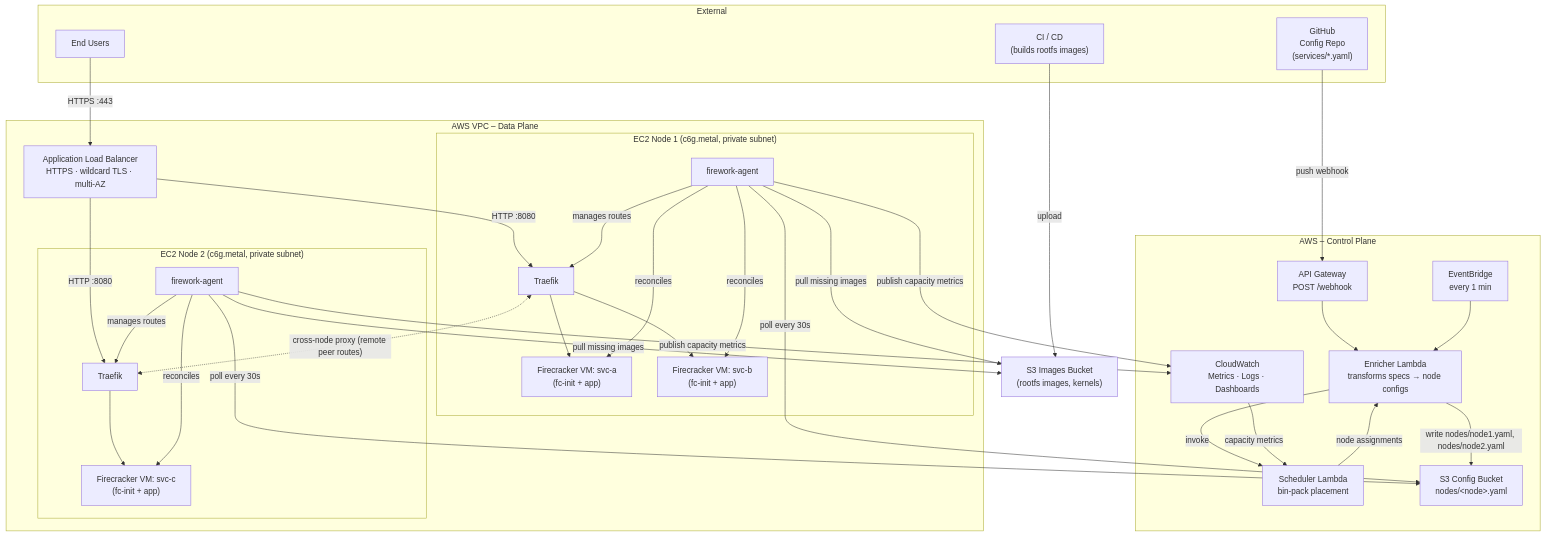
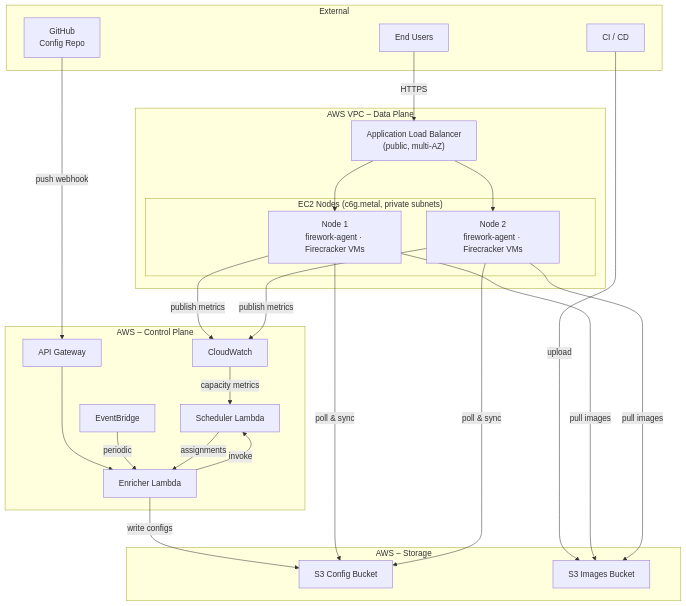
One commit to artemnikitin/firework changed the diagram in README.md. Above: the diagram before and after it, drawn with Mermaid.

Commit message:
Update main diagram in the readme (#4)
This PR simplifies the main diagram in the readme

````diff
--- a/README.md
+++ b/README.md
@@ -16,64 +16,45 @@
 ```mermaid
 flowchart TB
     subgraph external["External"]
         USER["End Users"]
-        GITHUB["GitHub\nConfig Repo\n(services/*.yaml)"]
-        CI["CI / CD\n(builds rootfs images)"]
+        GITHUB["GitHub\nConfig Repo"]
+        CI["CI / CD"]
     end
 
     subgraph control_plane["AWS – Control Plane"]
-        APIGW["API Gateway\nPOST /webhook"]
-        EB["EventBridge\nevery 1 min"]
-        ENRICHER["Enricher Lambda\ntransforms specs → node configs"]
-        SCHED["Scheduler Lambda\nbin-pack placement"]
-        S3CFG["S3 Config Bucket\nnodes/&lt;node&gt;.yaml"]
-        CW["CloudWatch\nMetrics · Logs · Dashboards"]
+        APIGW["API Gateway"]
+        EB["EventBridge"]
+        ENRICHER["Enricher Lambda"]
+        SCHED["Scheduler Lambda"]
+        CW["CloudWatch"]
     end
 
-    S3IMG["S3 Images Bucket\n(rootfs images, kernels)"]
+    subgraph storage["AWS – Storage"]
+        S3CFG["S3 Config Bucket"]
+        S3IMG["S3 Images Bucket"]
+    end
 
     subgraph vpc["AWS VPC – Data Plane"]
-        ALB["Application Load Balancer\nHTTPS · wildcard TLS · multi-AZ"]
-
-        subgraph node1["EC2 Node 1  (c6g.metal, private subnet)"]
-            AG1["firework-agent"]
-            TR1["Traefik"]
-            MV1A["Firecracker VM: svc-a\n(fc-init + app)"]
-            MV1B["Firecracker VM: svc-b\n(fc-init + app)"]
-        end
-
-        subgraph node2["EC2 Node 2  (c6g.metal, private subnet)"]
-            AG2["firework-agent"]
-            TR2["Traefik"]
-            MV2A["Firecracker VM: svc-c\n(fc-init + app)"]
+        ALB["Application Load Balancer\n(public, multi-AZ)"]
+        subgraph nodes["EC2 Nodes  (c6g.metal, private subnets)"]
+            N1["Node 1\nfirework-agent · Firecracker VMs"]
+            N2["Node 2\nfirework-agent · Firecracker VMs"]
         end
     end
 
-    USER -->|HTTPS :443| ALB
-    ALB -->|HTTP :8080| TR1
-    ALB -->|HTTP :8080| TR2
-    TR1 --> MV1A & MV1B
-    TR2 --> MV2A
-    TR1 <-.->|"cross-node proxy (remote peer routes)"| TR2
+    USER -->|HTTPS| ALB
+    ALB --> N1 & N2
 
     GITHUB -->|push webhook| APIGW
     APIGW --> ENRICHER
-    EB --> ENRICHER
+    EB -->|periodic| ENRICHER
     ENRICHER -->|invoke| SCHED
     CW -->|capacity metrics| SCHED
-    SCHED -->|node assignments| ENRICHER
-    ENRICHER -->|"write nodes/node1.yaml, nodes/node2.yaml"| S3CFG
-
+    SCHED -->|assignments| ENRICHER
+    ENRICHER -->|write configs| S3CFG
     CI -->|upload| S3IMG
 
-    AG1 -->|"poll every 30s"| S3CFG
-    AG2 -->|"poll every 30s"| S3CFG
-    AG1 -->|pull missing images| S3IMG
-    AG2 -->|pull missing images| S3IMG
-    AG1 -->|publish capacity metrics| CW
-    AG2 -->|publish capacity metrics| CW
-    AG1 -->|manages routes| TR1
-    AG2 -->|manages routes| TR2
-    AG1 -->|reconciles| MV1A & MV1B
-    AG2 -->|reconciles| MV2A
+    N1 & N2 -->|poll & sync| S3CFG
+    N1 & N2 -->|pull images| S3IMG
+    N1 & N2 -->|publish metrics| CW
 ```
````
